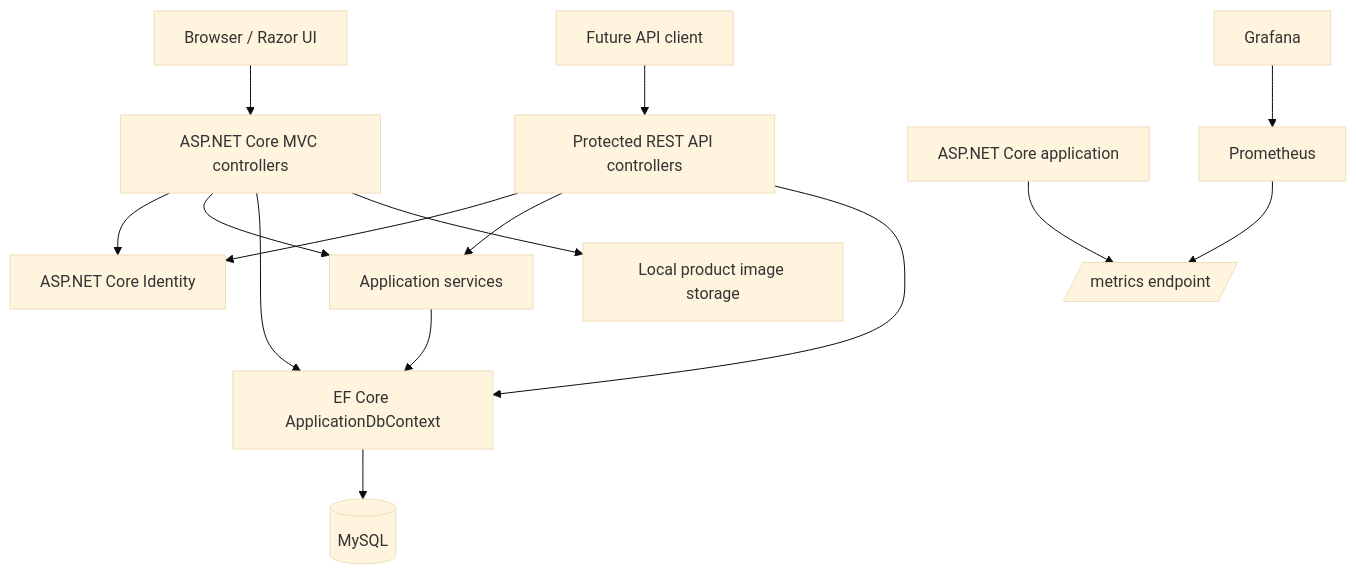
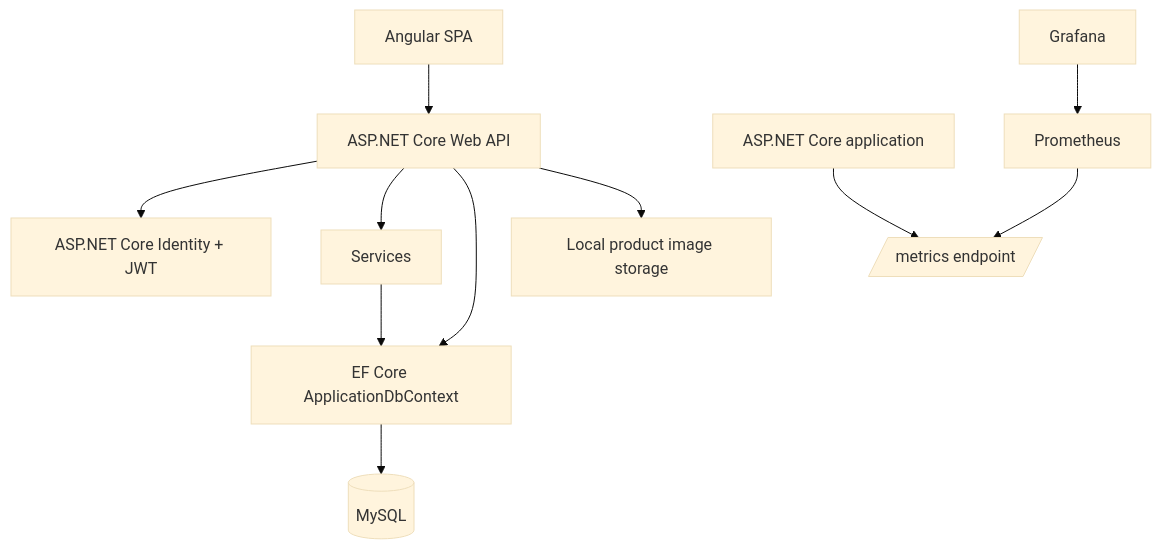
Before and after one commit to mmvelase60/ProductVault: the diagram in docs/architecture.md, drawn with Mermaid (base theme). The commit also changed other lines of this file and 39 other files, not shown here.

````diff
--- a/docs/architecture.md
+++ b/docs/architecture.md
@@ -5,17 +5,13 @@
 ```mermaid
 flowchart TB
-    Browser[Browser / Razor UI] --> MVC[ASP.NET Core MVC controllers]
-    Client[Future API client] --> API[Protected REST API controllers]
-    MVC --> Identity[ASP.NET Core Identity]
-    API --> Identity
-    MVC --> Services[Application services]
+    Browser[Angular SPA] --> API[ASP.NET Core Web API]
+    API --> Identity[ASP.NET Core Identity + JWT]
     API --> Services
     Services --> EF[EF Core ApplicationDbContext]
-    MVC --> EF
     API --> EF
     EF --> SQL[(MySQL)]
-    MVC --> Files[Local product image storage]
+    API --> Files[Local product image storage]
     App[ASP.NET Core application] --> Metrics[/metrics endpoint/]
     Prometheus --> Metrics
     Grafana --> Prometheus
 ```
````
